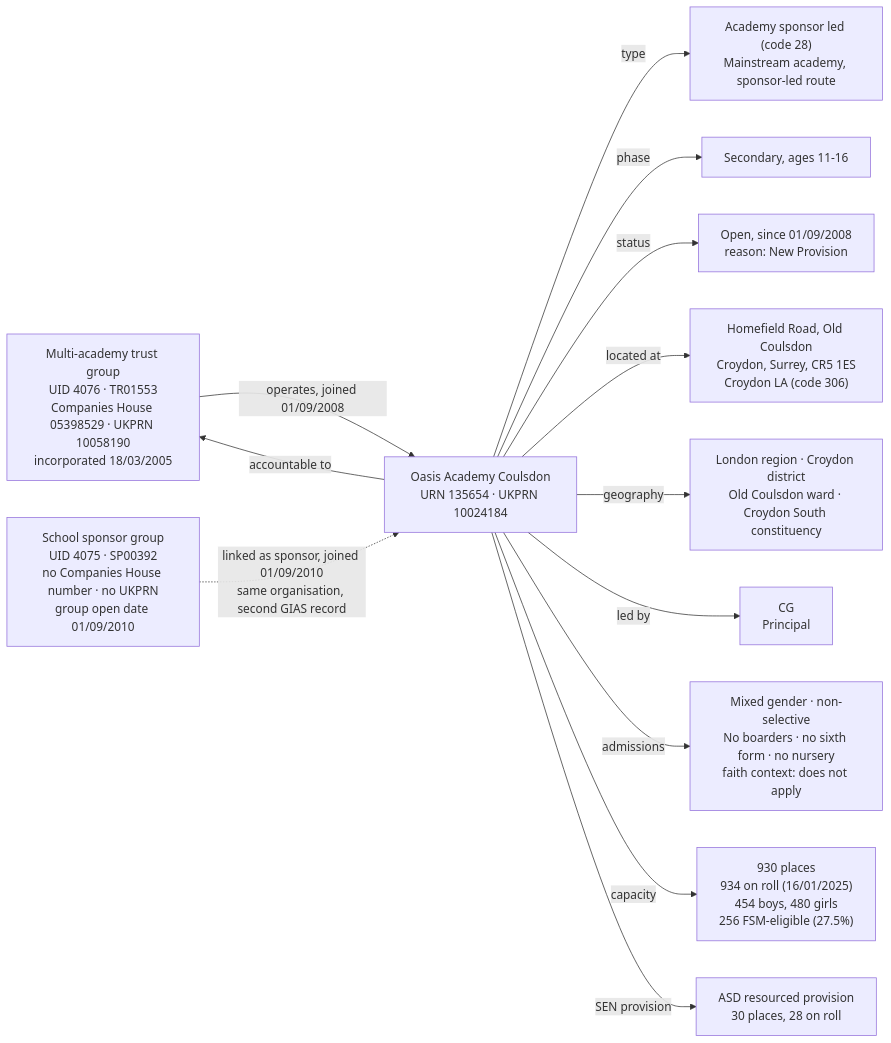
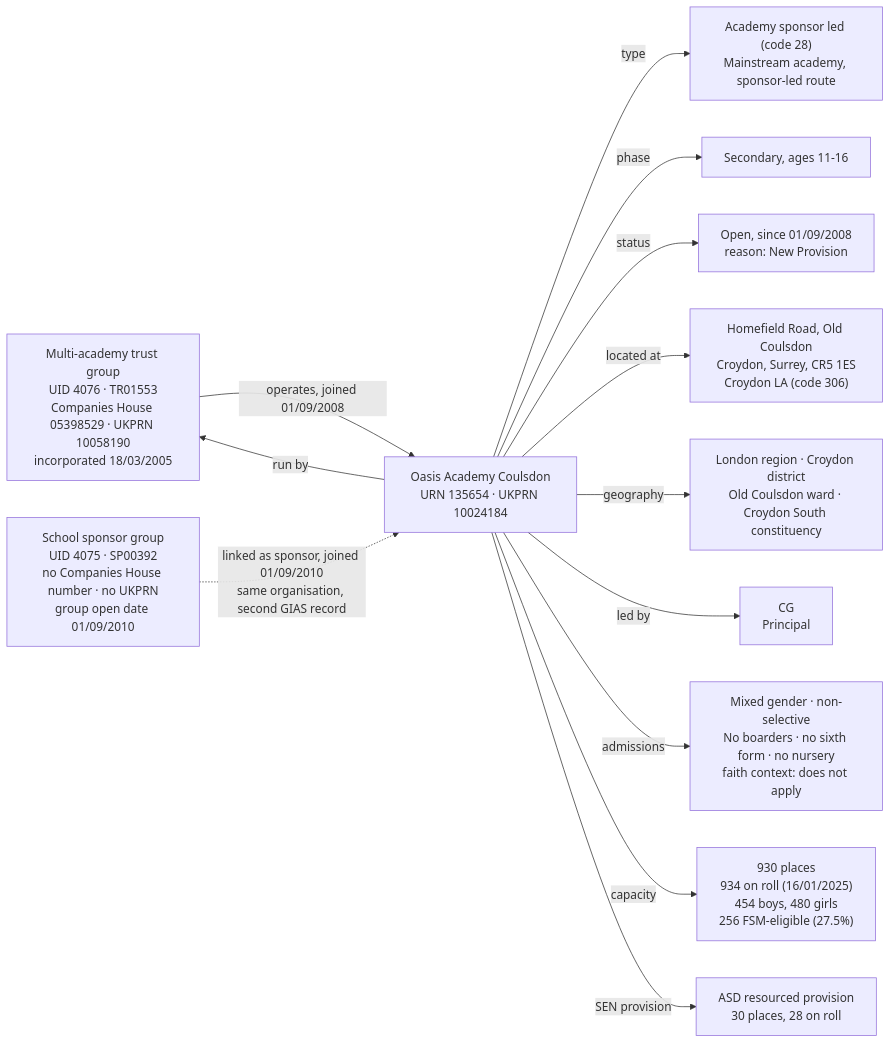
One commit to DFE-Digital/education-provider-registry-docs changed the first of 2 diagrams in docs-site/content/models/establishment/worked-examples/oasis-community-learning/index.md. Above: the diagram before and after it, drawn with Mermaid. The commit also changed other lines of this file and 100 other files, not shown here.

````diff
--- a/docs-site/content/models/establishment/worked-examples/oasis-community-learning/index.md
+++ b/docs-site/content/models/establishment/worked-examples/oasis-community-learning/index.md
@@ -46,20 +46,20 @@
 ```mermaid
 flowchart LR
     MAT["Multi-academy trust group<br/>UID 4076 · TR01553<br/>Companies House 05398529 · UKPRN 10058190<br/>incorporated 18/03/2005"]
     SP["School sponsor group<br/>UID 4075 · SP00392<br/>no Companies House number · no UKPRN<br/>group open date 01/09/2010"]
     E["Oasis Academy Coulsdon<br/>URN 135654 · UKPRN 10024184"]
 
     MAT -->|"operates, joined 01/09/2008"| E
     SP -.->|"linked as sponsor, joined 01/09/2010<br/>same organisation, second GIAS record"| E
 
     E -->|"type"| TY["Academy sponsor led (code 28)<br/>Mainstream academy, sponsor-led route"]
     E -->|"phase"| PH["Secondary, ages 11-16"]
     E -->|"status"| ST["Open, since 01/09/2008<br/>reason: New Provision"]
-    E -->|"accountable to"| MAT
+    E -->|"run by"| MAT
     E -->|"located at"| LOC["Homefield Road, Old Coulsdon<br/>Croydon, Surrey, CR5 1ES<br/>Croydon LA (code 306)"]
     E -->|"geography"| GEO["London region · Croydon district<br/>Old Coulsdon ward · Croydon South constituency"]
     E -->|"led by"| HT["CG<br/>Principal"]
     E -->|"admissions"| ADM["Mixed gender · non-selective<br/>No boarders · no sixth form · no nursery<br/>faith context: does not apply"]
     E -->|"capacity"| CAP["930 places<br/>934 on roll (16/01/2025)<br/>454 boys, 480 girls<br/>256 FSM-eligible (27.5%)"]
     E -->|"SEN provision"| SEN["ASD resourced provision<br/>30 places, 28 on roll"]
 ```
````
